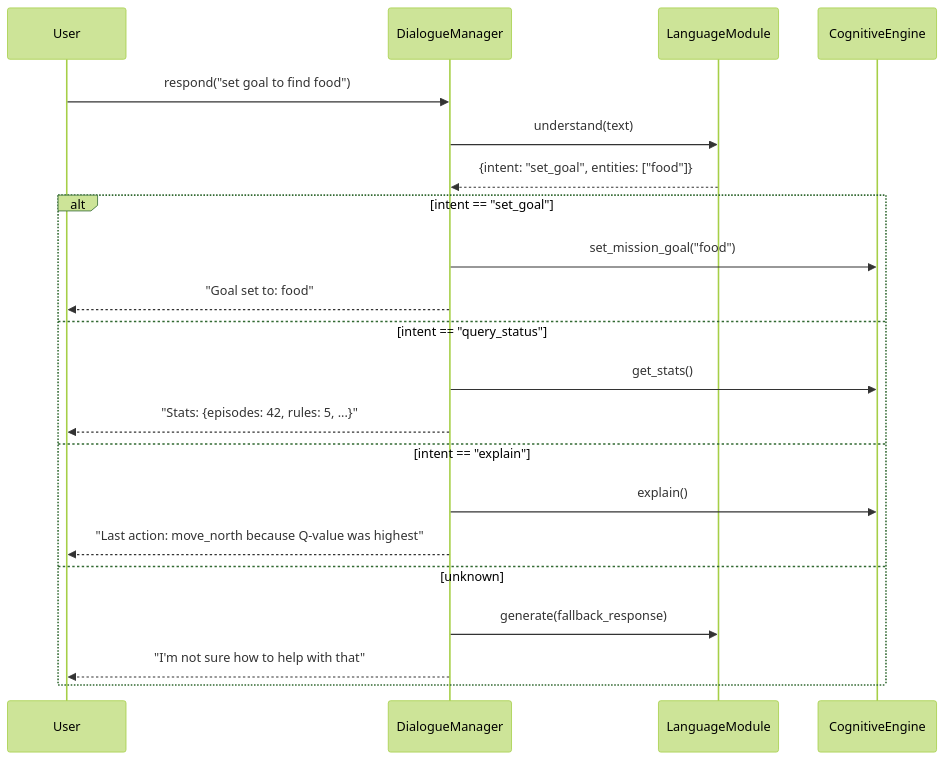
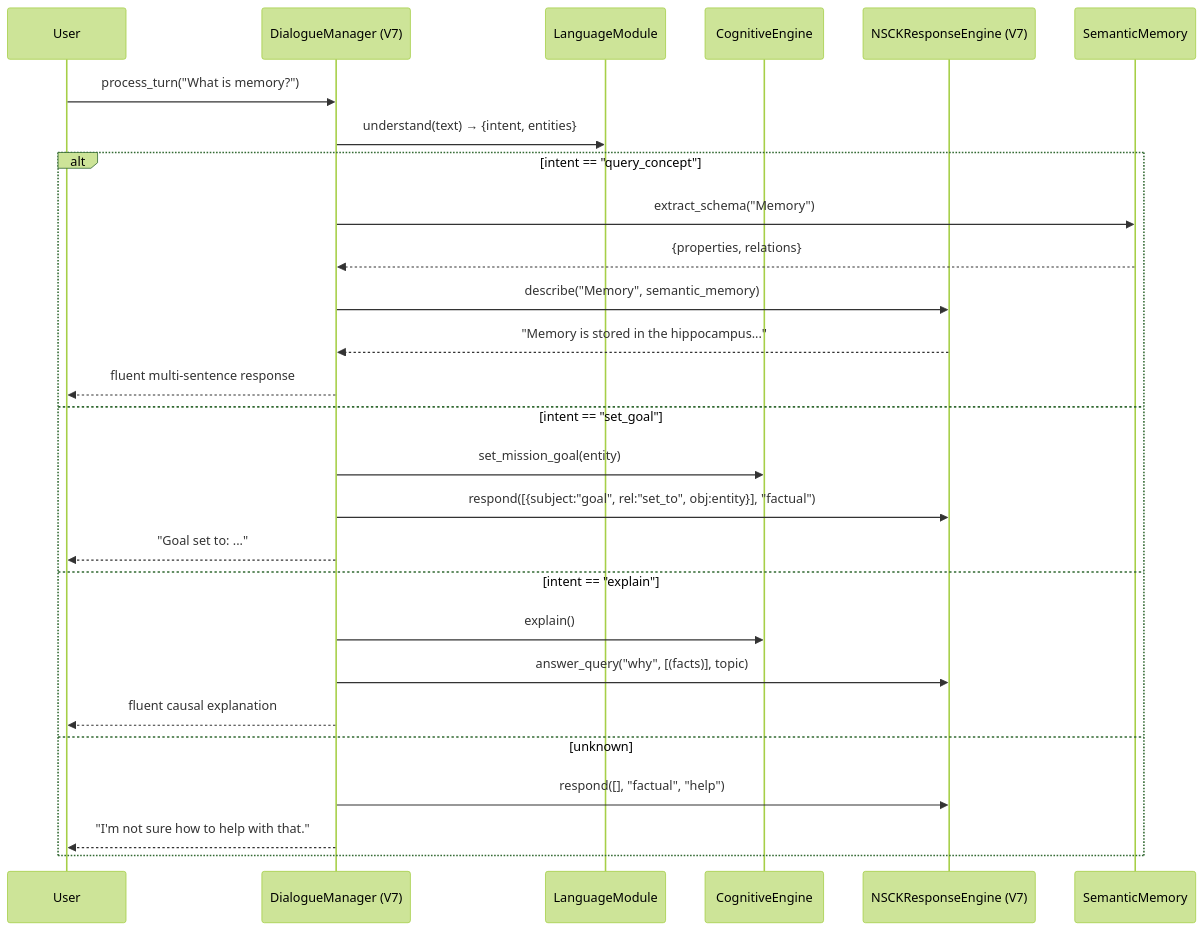
Diagram 11 of 13 in nsck/docs/WORKFLOWS.md (shiva2321/Neuro-Symbolic-Cognitive-Kernel), drawn with Mermaid (forest theme) before and after one commit. The commit also changed other lines of this file and 7 other files, not shown here.

Commit message:
Docs V7: update all docs to reflect actual V4-V7 implementations — modules, formulas, test counts, benchmarks, diagrams

````diff
--- a/nsck/docs/WORKFLOWS.md
+++ b/nsck/docs/WORKFLOWS.md
@@ -331,25 +337,31 @@
 ```mermaid
 sequenceDiagram
     participant User
-    participant DM as DialogueManager
+    participant DM as DialogueManager (V7)
     participant LM as LanguageModule
     participant CE as CognitiveEngine
+    participant FlNLG as NSCKResponseEngine (V7)
+    participant SM as SemanticMemory
 
-    User->>DM: respond("set goal to find food")
-    DM->>LM: understand(text)
-    LM-->>DM: {intent: "set_goal", entities: ["food"]}
+    User->>DM: process_turn("What is memory?")
+    DM->>LM: understand(text) → {intent, entities}
     
-    alt intent == "set_goal"
-        DM->>CE: set_mission_goal("food")
-        DM-->>User: "Goal set to: food"
-    else intent == "query_status"
-        DM->>CE: get_stats()
-        DM-->>User: "Stats: {episodes: 42, rules: 5, ...}"
+    alt intent == "query_concept"
+        DM->>SM: extract_schema("Memory")
+        SM-->>DM: {properties, relations}
+        DM->>FlNLG: describe("Memory", semantic_memory)
+        FlNLG-->>DM: "Memory is stored in the hippocampus..."
+        DM-->>User: fluent multi-sentence response
+    else intent == "set_goal"
+        DM->>CE: set_mission_goal(entity)
+        DM->>FlNLG: respond([{subject:"goal", rel:"set_to", obj:entity}], "factual")
+        DM-->>User: "Goal set to: ..."
     else intent == "explain"
         DM->>CE: explain()
-        DM-->>User: "Last action: move_north because Q-value was highest"
+        DM->>FlNLG: answer_query("why", [(facts)], topic)
+        DM-->>User: fluent causal explanation
     else unknown
-        DM->>LM: generate(fallback_response)
-        DM-->>User: "I'm not sure how to help with that"
+        DM->>FlNLG: respond([], "factual", "help")
+        DM-->>User: "I'm not sure how to help with that."
     end
 ```
````
